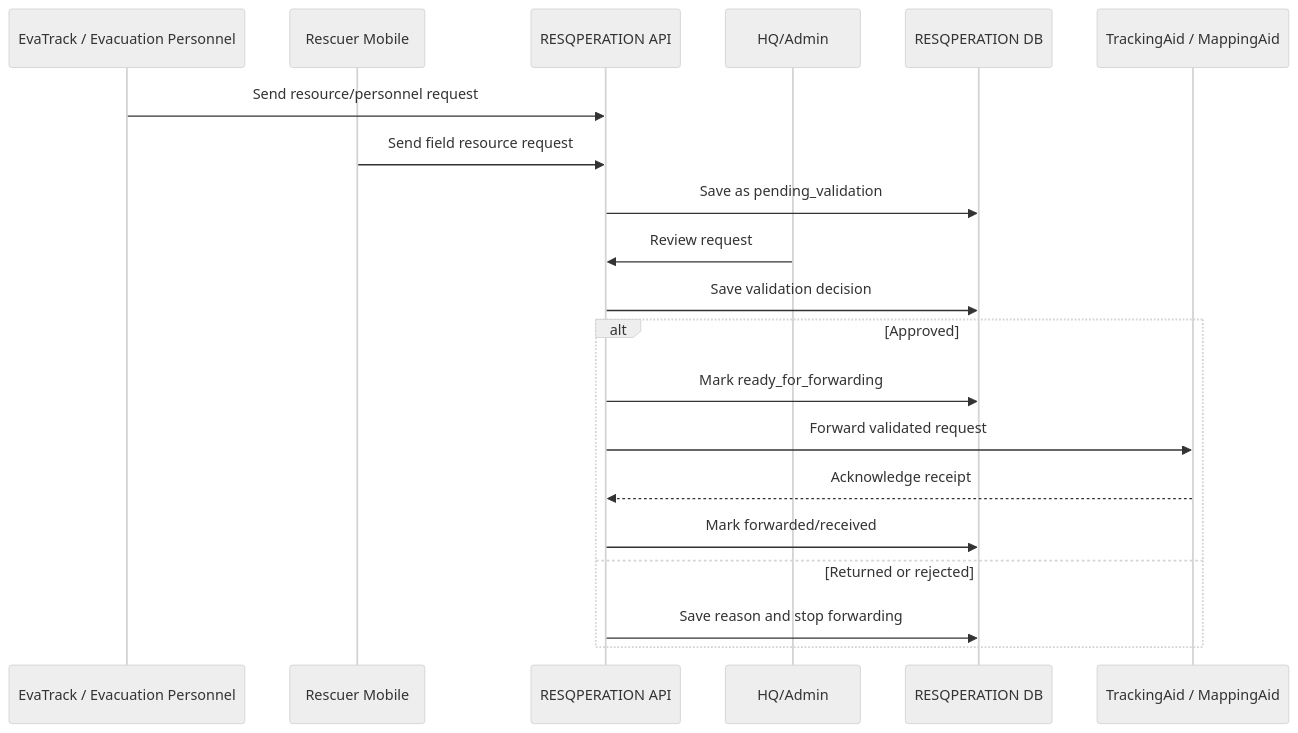
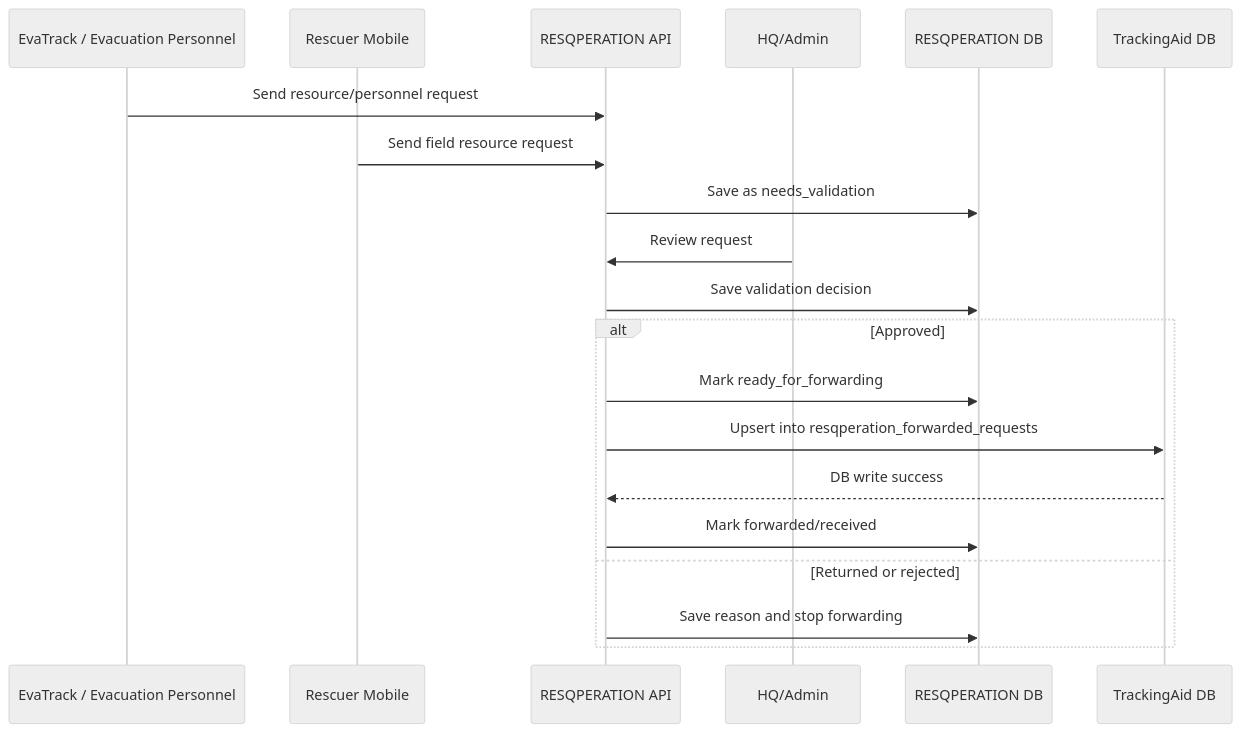
The diagram in docs/RESQPERATION_EXTERNAL_SYSTEM_INTEGRATION_DRAFT.md (pyunpyunn/G10-CAPSTONE), drawn with Mermaid (neutral theme) before and after one commit. The commit also changed other lines of this file and 85 other files, not shown here.

````diff
--- a/docs/RESQPERATION_EXTERNAL_SYSTEM_INTEGRATION_DRAFT.md
+++ b/docs/RESQPERATION_EXTERNAL_SYSTEM_INTEGRATION_DRAFT.md
@@ -129,23 +187,23 @@
 ```mermaid
 sequenceDiagram
   participant Eva as EvaTrack / Evacuation Personnel
   participant Rescuer as Rescuer Mobile
   participant API as RESQPERATION API
   participant Admin as HQ/Admin
   participant DB as RESQPERATION DB
-  participant Track as TrackingAid / MappingAid
+  participant Track as TrackingAid DB
 
   Eva->>API: Send resource/personnel request
   Rescuer->>API: Send field resource request
-  API->>DB: Save as pending_validation
+  API->>DB: Save as needs_validation
   Admin->>API: Review request
   API->>DB: Save validation decision
   alt Approved
     API->>DB: Mark ready_for_forwarding
-    API->>Track: Forward validated request
-    Track-->>API: Acknowledge receipt
+    API->>Track: Upsert into resqperation_forwarded_requests
+    Track-->>API: DB write success
     API->>DB: Mark forwarded/received
   else Returned or rejected
     API->>DB: Save reason and stop forwarding
   end
 ```
````
